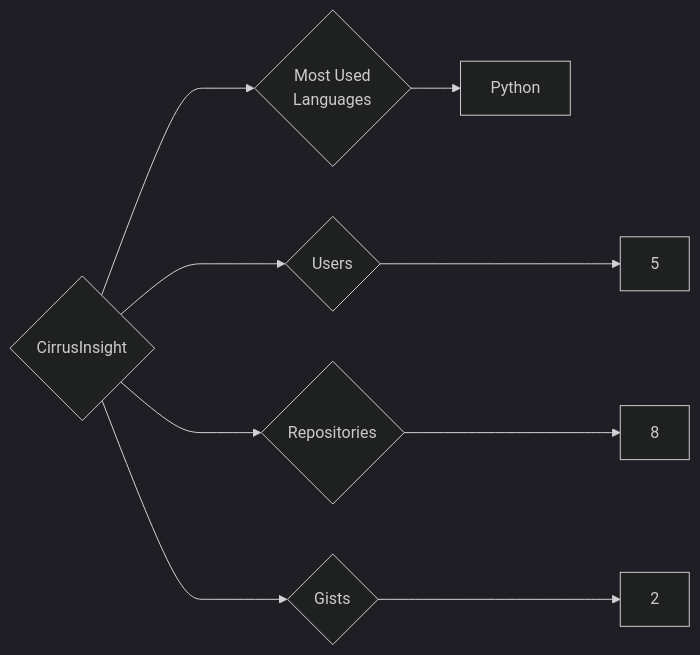
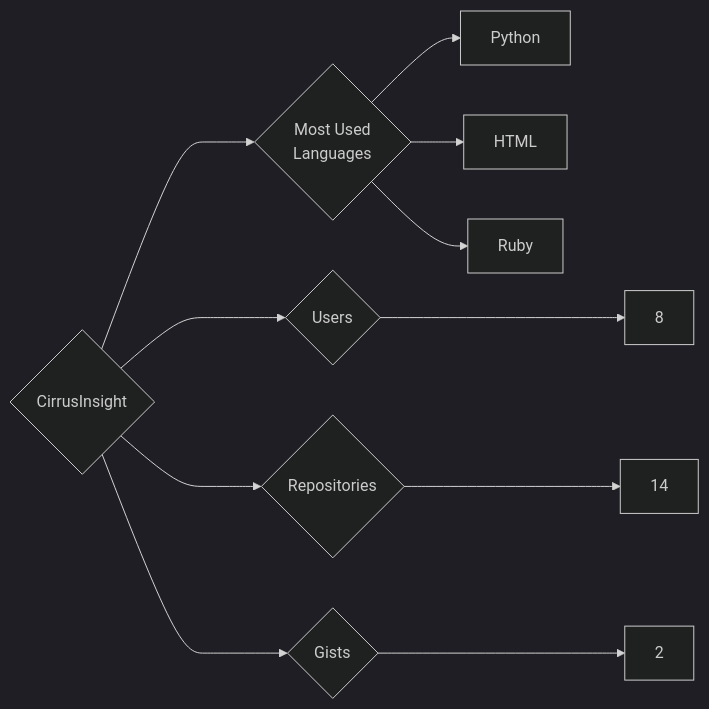
One commit to trickest/insiders changed the diagram in targets/CirrusInsight/README.md. Above: the diagram before and after it, drawn with Mermaid (dark theme). The commit also changed 1167 other files, not shown here.

````diff
--- a/targets/CirrusInsight/README.md
+++ b/targets/CirrusInsight/README.md
@@ -3,9 +3,11 @@
 ```mermaid
 graph LR
 COMPANY_NAME{CirrusInsight}
-COMPANY_NAME ---> U{Users} ---> UN[5]
-COMPANY_NAME ---> R{Repositories} ---> RN[8]
+COMPANY_NAME ---> U{Users} ---> UN[8]
+COMPANY_NAME ---> R{Repositories} ---> RN[14]
 COMPANY_NAME ---> G{Gists} ---> GN[2]
 COMPANY_NAME ---> ML{Most Used<br>Languages}
 ML --> Python[Python]
+ML --> HTML[HTML]
+ML --> Ruby[Ruby]
 ```
````
